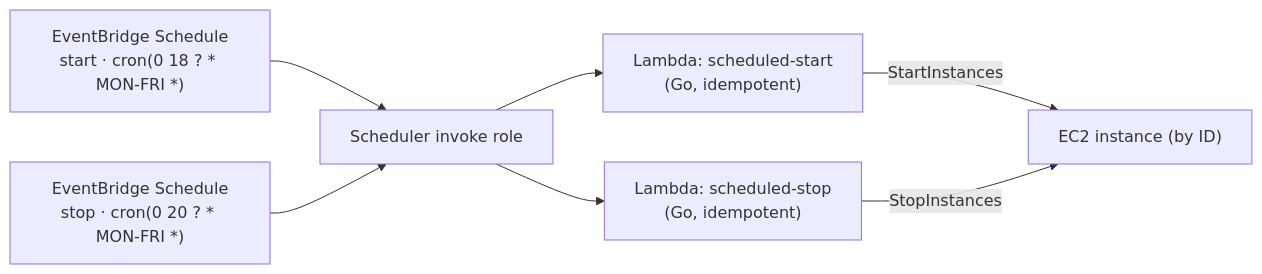
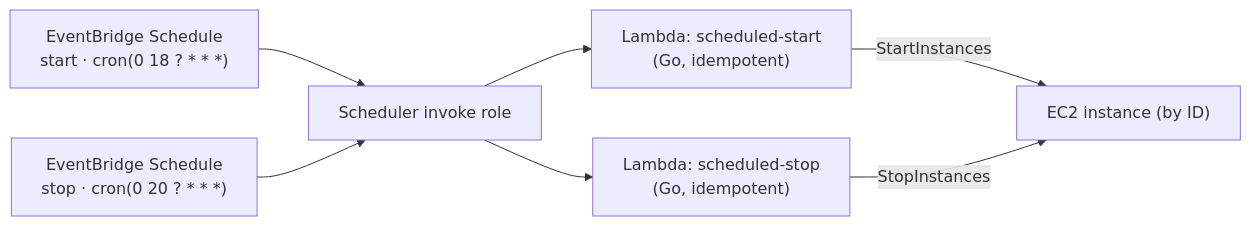
The sixth of 6 diagrams in README.md (teddynted/ai-github-repository-blog-generator), drawn with Mermaid before and after one commit. The commit also changed other lines of this file and 21 other files, not shown here.

````diff
--- a/README.md
+++ b/README.md
@@ -681,9 +681,9 @@
 ```mermaid
 flowchart LR
-  S1["EventBridge Schedule<br/>start · cron(0 18 ? * MON-FRI *)"] --> R[Scheduler invoke role]
-  S2["EventBridge Schedule<br/>stop · cron(0 20 ? * MON-FRI *)"] --> R
+  S1["EventBridge Schedule<br/>start · cron(0 18 ? * * *)"] --> R[Scheduler invoke role]
+  S2["EventBridge Schedule<br/>stop · cron(0 20 ? * * *)"] --> R
   R --> LS["Lambda: scheduled-start<br/>(Go, idempotent)"]
   R --> LT["Lambda: scheduled-stop<br/>(Go, idempotent)"]
   LS -->|StartInstances| EC2["EC2 instance (by ID)"]
   LT -->|StopInstances| EC2
 ```
````
